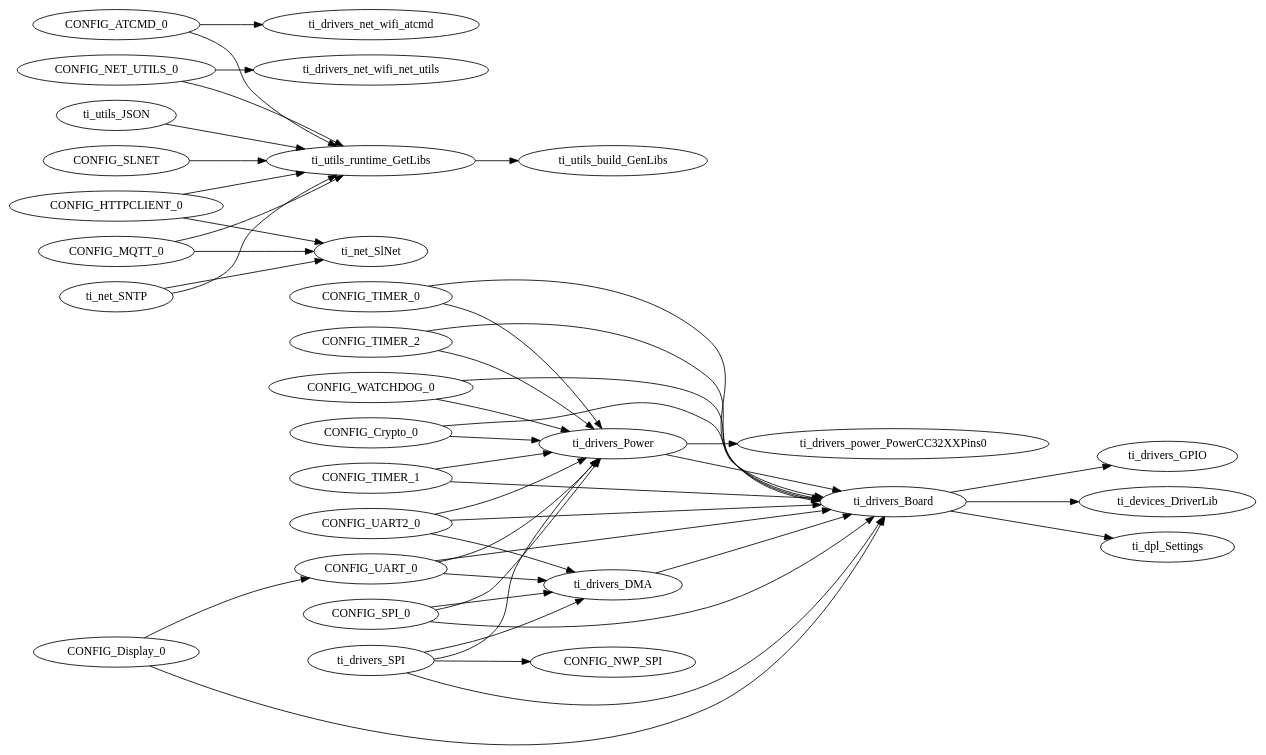
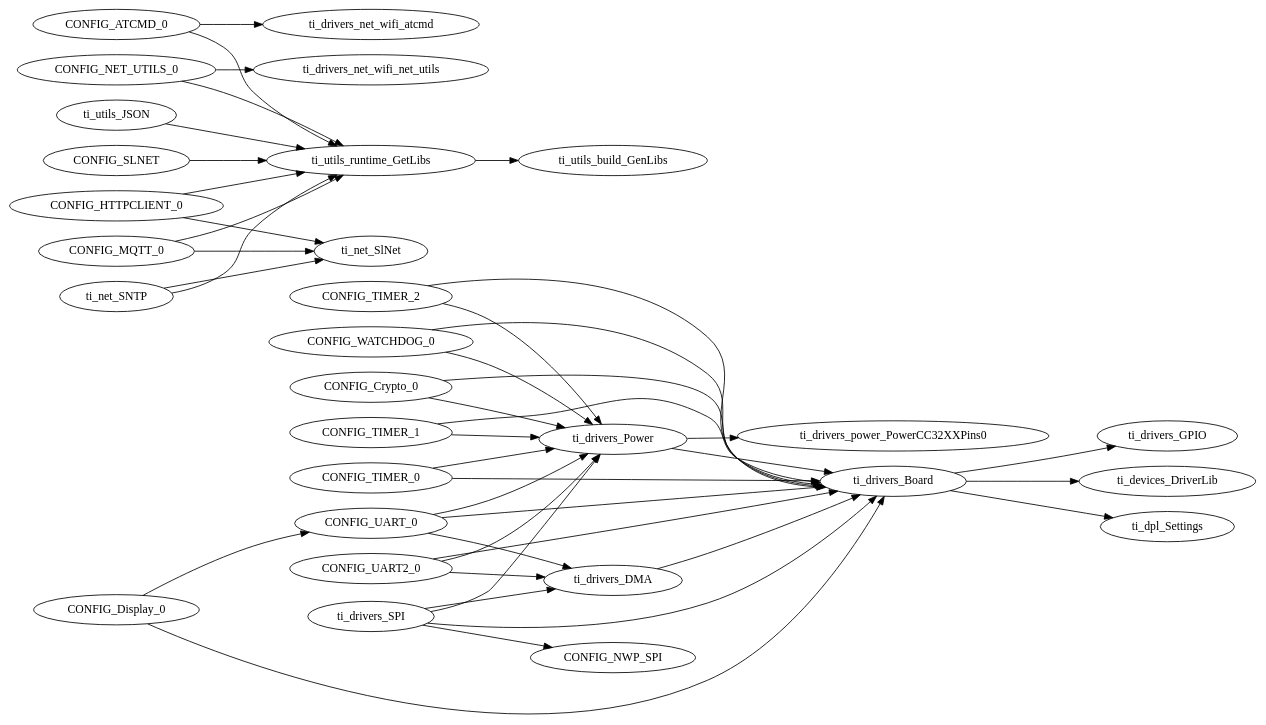
The diagram in MCU+Image/syscfg/ti_utils_runtime_model.gv (Kahroba2000/Laucnch3235s), drawn with Graphviz before and after one commit. The commit also changed 37 other files, not shown here.

```diff
--- a/MCU+Image/syscfg/ti_utils_runtime_model.gv
+++ b/MCU+Image/syscfg/ti_utils_runtime_model.gv
@@ -1,98 +1,95 @@
 digraph Model
 {
     graph[rankdir=LR]
 
     // mod.$name=/ti/devices/DriverLib
 
     // mod.$name=/ti/display/Display
     CONFIG_Display_0 -> ti_drivers_Board
     CONFIG_Display_0 -> CONFIG_UART_0
 
     // mod.$name=/ti/dpl/Settings
 
     // mod.$name=/ti/drivers/Board
     ti_drivers_Board -> ti_drivers_GPIO
     ti_drivers_Board -> ti_devices_DriverLib
     ti_drivers_Board -> ti_dpl_Settings
 
     // mod.$name=/ti/drivers/Crypto
     CONFIG_Crypto_0 -> ti_drivers_Power
     CONFIG_Crypto_0 -> ti_drivers_Board
 
     // mod.$name=/ti/drivers/DMA
     ti_drivers_DMA -> ti_drivers_Board
 
     // mod.$name=/ti/drivers/GPIO
 
     // mod.$name=/ti/drivers/Power
     ti_drivers_Power -> ti_drivers_Board
     ti_drivers_Power -> ti_drivers_power_PowerCC32XXPins0
 
     // mod.$name=/ti/drivers/SPI
     ti_drivers_SPI -> ti_drivers_DMA
     ti_drivers_SPI -> ti_drivers_Power
     ti_drivers_SPI -> ti_drivers_Board
     ti_drivers_SPI -> CONFIG_NWP_SPI
-    CONFIG_SPI_0 -> ti_drivers_DMA
-    CONFIG_SPI_0 -> ti_drivers_Power
-    CONFIG_SPI_0 -> ti_drivers_Board
 
     // mod.$name=/ti/drivers/Timer
     CONFIG_TIMER_0 -> ti_drivers_Power
     CONFIG_TIMER_0 -> ti_drivers_Board
     CONFIG_TIMER_1 -> ti_drivers_Power
     CONFIG_TIMER_1 -> ti_drivers_Board
     CONFIG_TIMER_2 -> ti_drivers_Power
     CONFIG_TIMER_2 -> ti_drivers_Board
 
     // mod.$name=/ti/drivers/UART
     CONFIG_UART_0 -> ti_drivers_DMA
     CONFIG_UART_0 -> ti_drivers_Power
     CONFIG_UART_0 -> ti_drivers_Board
 
     // mod.$name=/ti/drivers/UART2
     CONFIG_UART2_0 -> ti_drivers_DMA
     CONFIG_UART2_0 -> ti_drivers_Power
     CONFIG_UART2_0 -> ti_drivers_Board
 
     // mod.$name=/ti/drivers/Watchdog
     CONFIG_WATCHDOG_0 -> ti_drivers_Power
     CONFIG_WATCHDOG_0 -> ti_drivers_Board
 
     // mod.$name=/ti/drivers/net/wifi/SimpleLinkWifi
 
     // mod.$name=/ti/drivers/net/wifi/atcmd
     CONFIG_ATCMD_0 -> ti_drivers_net_wifi_atcmd
     CONFIG_ATCMD_0 -> ti_utils_runtime_GetLibs
 
     // mod.$name=/ti/drivers/net/wifi/net_utils
     CONFIG_NET_UTILS_0 -> ti_drivers_net_wifi_net_utils
     CONFIG_NET_UTILS_0 -> ti_utils_runtime_GetLibs
 
     // mod.$name=/ti/drivers/power/PowerCC32XXPins
 
     // mod.$name=/ti/drivers/spi/SPICC32XXNWP
 
     // mod.$name=/ti/net/HTTPClient
     CONFIG_HTTPCLIENT_0 -> ti_net_SlNet
     CONFIG_HTTPCLIENT_0 -> ti_utils_runtime_GetLibs
 
     // mod.$name=/ti/net/MQTT
     CONFIG_MQTT_0 -> ti_net_SlNet
     CONFIG_MQTT_0 -> ti_utils_runtime_GetLibs
 
     // mod.$name=/ti/net/SNTP
     ti_net_SNTP -> ti_net_SlNet
     ti_net_SNTP -> ti_utils_runtime_GetLibs
 
     // mod.$name=/ti/net/SlNet
     CONFIG_SLNET -> ti_utils_runtime_GetLibs
 
     // mod.$name=/ti/utils/JSON
     ti_utils_JSON -> ti_utils_runtime_GetLibs
 
     // mod.$name=/ti/utils/build/GenLibs
 
     // mod.$name=/ti/utils/runtime/GetLibs
     ti_utils_runtime_GetLibs -> ti_utils_build_GenLibs
 }
```
